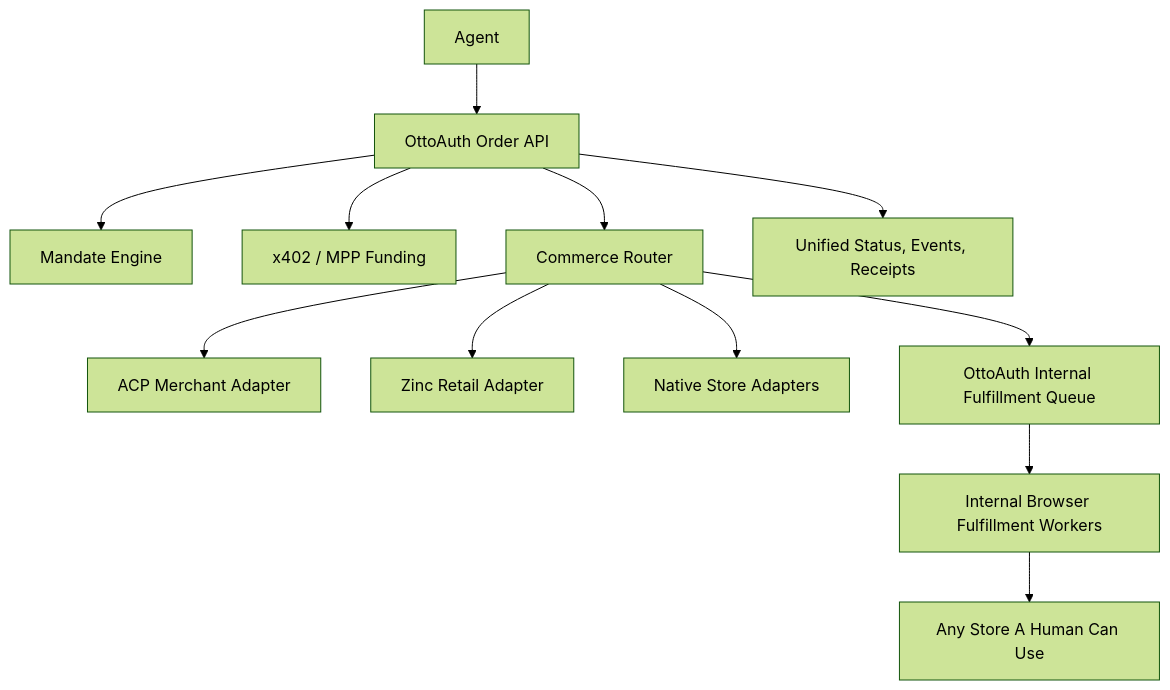
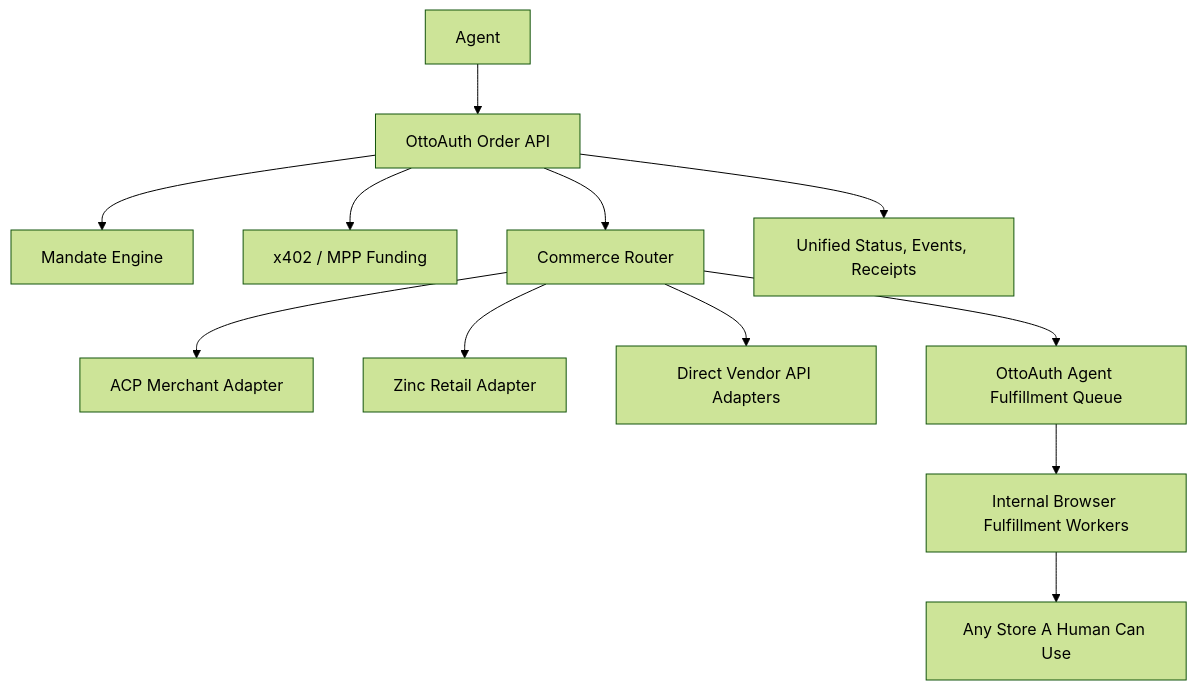
One commit to Clamepending/autoauth changed the diagram in docs/ottoauth-commerce-vision.md. Above: the diagram before and after it, drawn with Mermaid (forest theme). The commit also changed other lines of this file and 11 other files, not shown here.

Commit message:
Add commerce fulfillment categories and API adapters

````diff
--- a/docs/ottoauth-commerce-vision.md
+++ b/docs/ottoauth-commerce-vision.md
@@ -57,14 +59,14 @@
 ```mermaid
 flowchart TD
   Agent["Agent"] --> OttoAuth["OttoAuth Order API"]
   OttoAuth --> Mandates["Mandate Engine"]
   OttoAuth --> Funding["x402 / MPP Funding"]
   OttoAuth --> Router["Commerce Router"]
   Router --> ACP["ACP Merchant Adapter"]
   Router --> Zinc["Zinc Retail Adapter"]
-  Router --> Native["Native Store Adapters"]
-  Router --> Internal["OttoAuth Internal Fulfillment Queue"]
+  Router --> API["Direct Vendor API Adapters"]
+  Router --> Internal["OttoAuth Agent Fulfillment Queue"]
   Internal --> Workers["Internal Browser Fulfillment Workers"]
   Workers --> Stores["Any Store A Human Can Use"]
   OttoAuth --> Status["Unified Status, Events, Receipts"]
 ```
````
